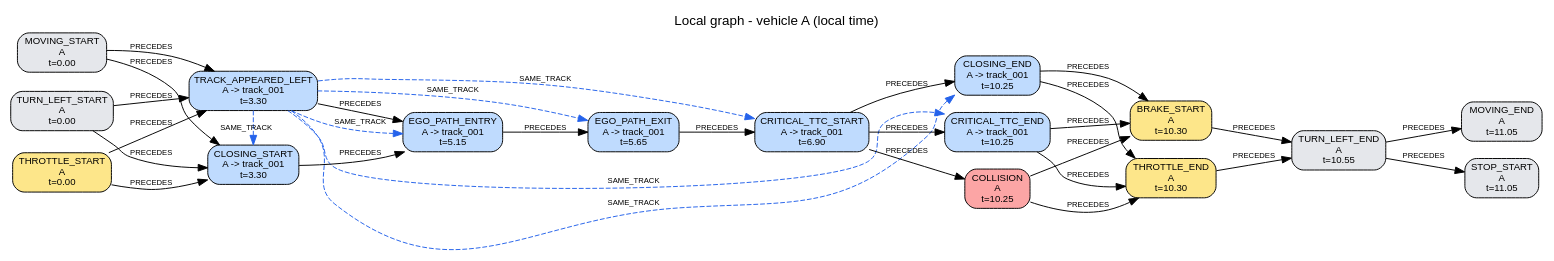
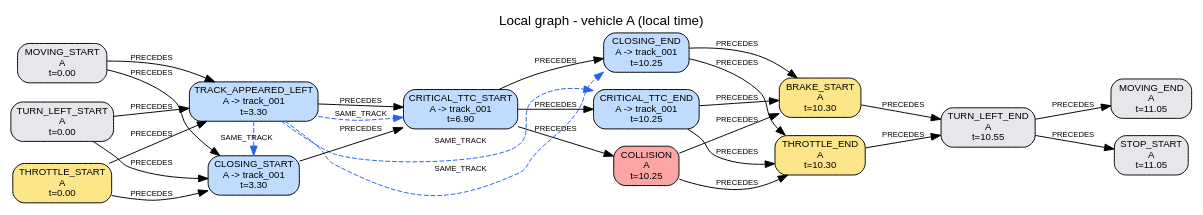
One commit to AndreaBedei1/causaldrive-forensics changed the diagram in traces/S07/run_0_merge_conflict/reconstruction/A/local_graph.dot. Above: the diagram before and after it, drawn with Graphviz. The commit also changed 542 other files, not shown here.

```diff
--- a/traces/S07/run_0_merge_conflict/reconstruction/A/local_graph.dot
+++ b/traces/S07/run_0_merge_conflict/reconstruction/A/local_graph.dot
@@ -1,55 +1,49 @@
 digraph "local_A" {
   graph [rankdir=LR, labelloc=t, fontname=Helvetica, label="Local graph - vehicle A (local time)"];
   node [shape=box, style="rounded,filled", fontname=Helvetica, fontsize=10];
   edge [fontname=Helvetica, fontsize=8];
   "A:e01" [label="MOVING_START\nA\nt=0.00", fillcolor="#e5e7eb"];
   "A:e02" [label="THROTTLE_START\nA\nt=0.00", fillcolor="#fde68a"];
   "A:e03" [label="TURN_LEFT_START\nA\nt=0.00", fillcolor="#e5e7eb"];
   "A:e04" [label="TRACK_APPEARED_LEFT\nA -> track_001\nt=3.30", fillcolor="#bfdbfe"];
   "A:e05" [label="CLOSING_START\nA -> track_001\nt=3.30", fillcolor="#bfdbfe"];
-  "A:e06" [label="EGO_PATH_ENTRY\nA -> track_001\nt=5.15", fillcolor="#bfdbfe"];
-  "A:e07" [label="EGO_PATH_EXIT\nA -> track_001\nt=5.65", fillcolor="#bfdbfe"];
-  "A:e08" [label="CRITICAL_TTC_START\nA -> track_001\nt=6.90", fillcolor="#bfdbfe"];
-  "A:e09" [label="COLLISION\nA\nt=10.25", fillcolor="#fca5a5"];
-  "A:e10" [label="CRITICAL_TTC_END\nA -> track_001\nt=10.25", fillcolor="#bfdbfe"];
-  "A:e11" [label="CLOSING_END\nA -> track_001\nt=10.25", fillcolor="#bfdbfe"];
-  "A:e12" [label="THROTTLE_END\nA\nt=10.30", fillcolor="#fde68a"];
-  "A:e13" [label="BRAKE_START\nA\nt=10.30", fillcolor="#fde68a"];
-  "A:e14" [label="TURN_LEFT_END\nA\nt=10.55", fillcolor="#e5e7eb"];
-  "A:e15" [label="MOVING_END\nA\nt=11.05", fillcolor="#e5e7eb"];
-  "A:e16" [label="STOP_START\nA\nt=11.05", fillcolor="#e5e7eb"];
+  "A:e06" [label="CRITICAL_TTC_START\nA -> track_001\nt=6.90", fillcolor="#bfdbfe"];
+  "A:e07" [label="COLLISION\nA\nt=10.25", fillcolor="#fca5a5"];
+  "A:e08" [label="CRITICAL_TTC_END\nA -> track_001\nt=10.25", fillcolor="#bfdbfe"];
+  "A:e09" [label="CLOSING_END\nA -> track_001\nt=10.25", fillcolor="#bfdbfe"];
+  "A:e10" [label="THROTTLE_END\nA\nt=10.30", fillcolor="#fde68a"];
+  "A:e11" [label="BRAKE_START\nA\nt=10.30", fillcolor="#fde68a"];
+  "A:e12" [label="TURN_LEFT_END\nA\nt=10.55", fillcolor="#e5e7eb"];
+  "A:e13" [label="MOVING_END\nA\nt=11.05", fillcolor="#e5e7eb"];
+  "A:e14" [label="STOP_START\nA\nt=11.05", fillcolor="#e5e7eb"];
   {rank=same; "A:e01"; "A:e02"; "A:e03";}
   {rank=same; "A:e04"; "A:e05";}
-  {rank=same; "A:e09"; "A:e10"; "A:e11";}
-  {rank=same; "A:e12"; "A:e13";}
-  {rank=same; "A:e15"; "A:e16";}
+  {rank=same; "A:e07"; "A:e08"; "A:e09";}
+  {rank=same; "A:e10"; "A:e11";}
+  {rank=same; "A:e13"; "A:e14";}
   "A:e01" -> "A:e04" [label="PRECEDES"];
   "A:e01" -> "A:e05" [label="PRECEDES"];
   "A:e02" -> "A:e04" [label="PRECEDES"];
   "A:e02" -> "A:e05" [label="PRECEDES"];
   "A:e03" -> "A:e04" [label="PRECEDES"];
   "A:e03" -> "A:e05" [label="PRECEDES"];
   "A:e04" -> "A:e06" [label="PRECEDES"];
   "A:e05" -> "A:e06" [label="PRECEDES"];
   "A:e06" -> "A:e07" [label="PRECEDES"];
-  "A:e07" -> "A:e08" [label="PRECEDES"];
-  "A:e08" -> "A:e09" [label="PRECEDES"];
+  "A:e06" -> "A:e08" [label="PRECEDES"];
+  "A:e06" -> "A:e09" [label="PRECEDES"];
+  "A:e07" -> "A:e10" [label="PRECEDES"];
+  "A:e07" -> "A:e11" [label="PRECEDES"];
   "A:e08" -> "A:e10" [label="PRECEDES"];
   "A:e08" -> "A:e11" [label="PRECEDES"];
-  "A:e09" -> "A:e12" [label="PRECEDES"];
-  "A:e09" -> "A:e13" [label="PRECEDES"];
+  "A:e09" -> "A:e10" [label="PRECEDES"];
+  "A:e09" -> "A:e11" [label="PRECEDES"];
   "A:e10" -> "A:e12" [label="PRECEDES"];
-  "A:e10" -> "A:e13" [label="PRECEDES"];
   "A:e11" -> "A:e12" [label="PRECEDES"];
-  "A:e11" -> "A:e13" [label="PRECEDES"];
+  "A:e12" -> "A:e13" [label="PRECEDES"];
   "A:e12" -> "A:e14" [label="PRECEDES"];
-  "A:e13" -> "A:e14" [label="PRECEDES"];
-  "A:e14" -> "A:e15" [label="PRECEDES"];
-  "A:e14" -> "A:e16" [label="PRECEDES"];
   "A:e04" -> "A:e05" [label="SAME_TRACK", style=dashed, color="#2563eb", constraint=false];
   "A:e04" -> "A:e06" [label="SAME_TRACK", style=dashed, color="#2563eb", constraint=false];
-  "A:e04" -> "A:e07" [label="SAME_TRACK", style=dashed, color="#2563eb", constraint=false];
   "A:e04" -> "A:e08" [label="SAME_TRACK", style=dashed, color="#2563eb", constraint=false];
-  "A:e04" -> "A:e10" [label="SAME_TRACK", style=dashed, color="#2563eb", constraint=false];
-  "A:e04" -> "A:e11" [label="SAME_TRACK", style=dashed, color="#2563eb", constraint=false];
+  "A:e04" -> "A:e09" [label="SAME_TRACK", style=dashed, color="#2563eb", constraint=false];
 }
```
